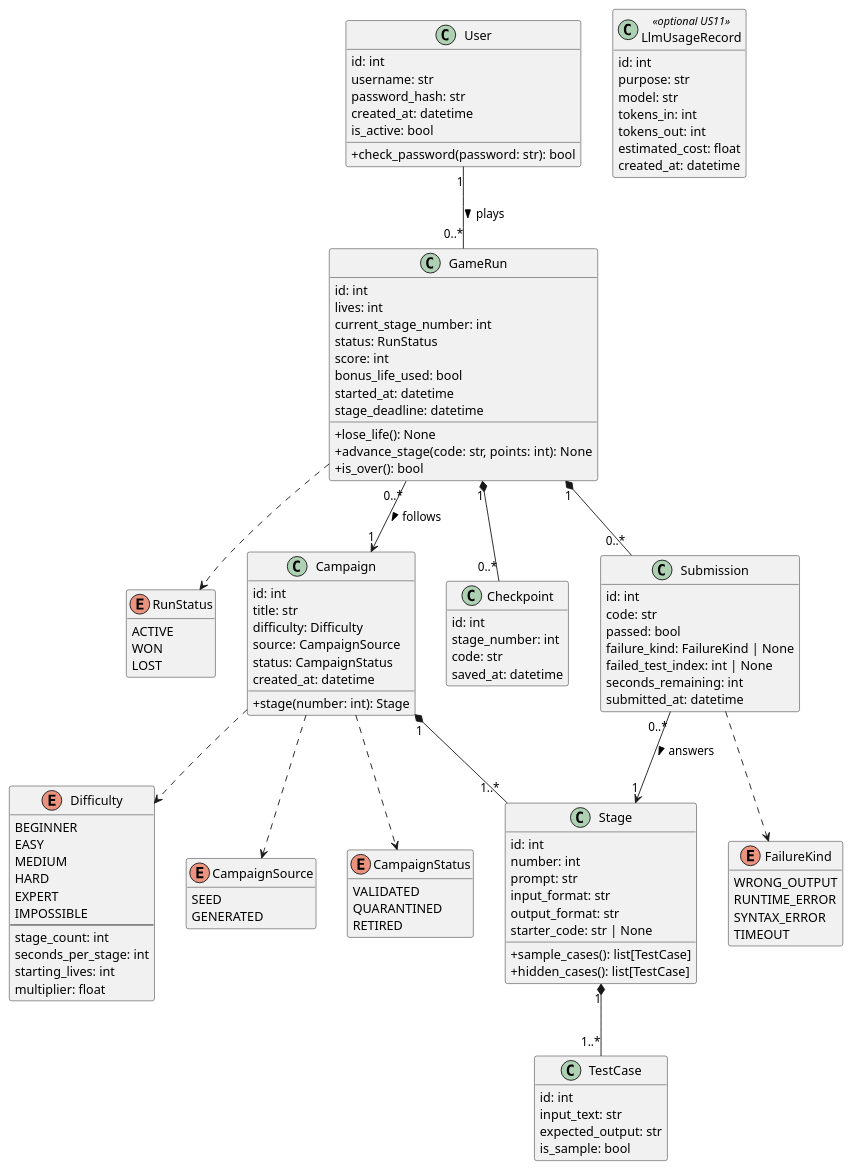
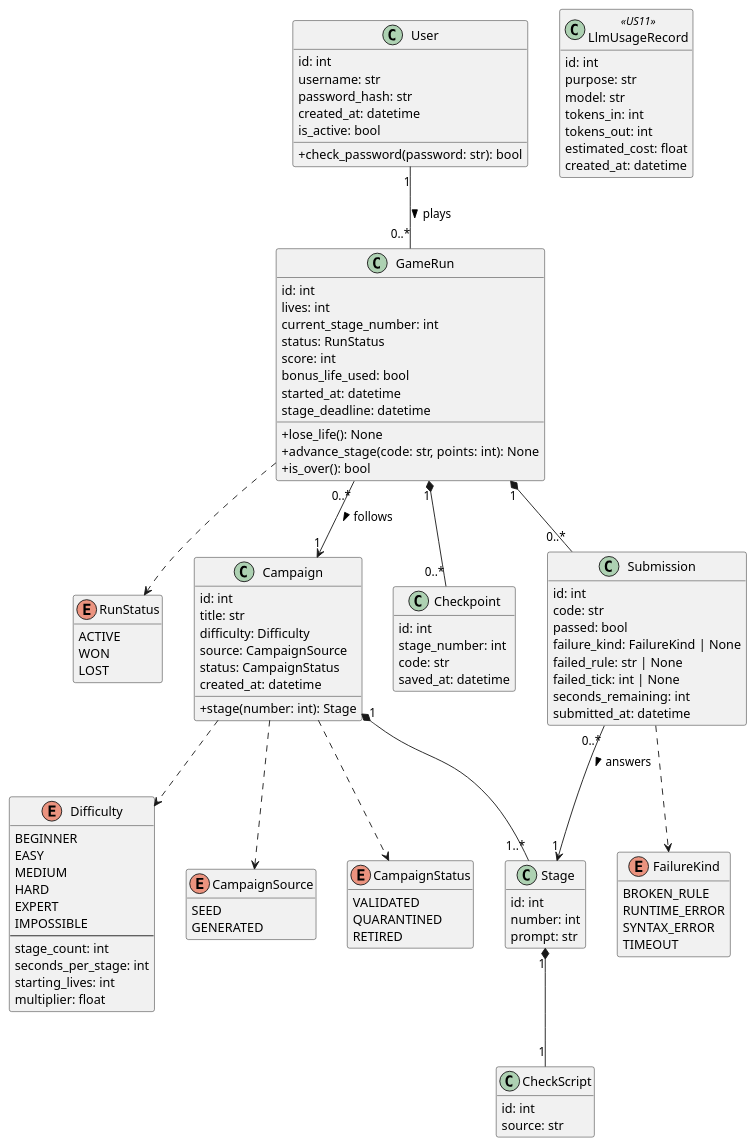
One commit to msu-denver/rokos-tasks changed the diagram in uml/class.wsd. Above: the diagram before and after it, drawn with PlantUML. The commit also changed 14 other files, not shown here.

First line of the commit message:
docs: remove output-comparison grading, optional-LLM text, and board steps (#25)

```diff
--- a/uml/class.wsd
+++ b/uml/class.wsd
@@ -1,140 +1,134 @@
 @startuml class
 ' File: class.wsd
 ' Description: Class diagram of the model (domain) classes for Roko's Tasks.
 '     Routes, services, repositories, and framework classes are excluded.
 ' Author(s): <team member names>
 
 hide empty members
 skinparam classAttributeIconSize 0
 
 enum Difficulty {
     BEGINNER
     EASY
     MEDIUM
     HARD
     EXPERT
     IMPOSSIBLE
     --
     stage_count: int
     seconds_per_stage: int
     starting_lives: int
     multiplier: float
 }
 
 enum CampaignSource {
     SEED
     GENERATED
 }
 
 enum CampaignStatus {
     VALIDATED
     QUARANTINED
     RETIRED
 }
 
 enum RunStatus {
     ACTIVE
     WON
     LOST
 }
 
 enum FailureKind {
-    WRONG_OUTPUT
+    BROKEN_RULE
     RUNTIME_ERROR
     SYNTAX_ERROR
     TIMEOUT
 }
 
 class User {
     id: int
     username: str
     password_hash: str
     created_at: datetime
     is_active: bool
     +check_password(password: str): bool
 }
 
 class Campaign {
     id: int
     title: str
     difficulty: Difficulty
     source: CampaignSource
     status: CampaignStatus
     created_at: datetime
     +stage(number: int): Stage
 }
 
 class Stage {
     id: int
     number: int
     prompt: str
-    input_format: str
-    output_format: str
-    starter_code: str | None
-    +sample_cases(): list[TestCase]
-    +hidden_cases(): list[TestCase]
 }
 
-class TestCase {
+class CheckScript {
     id: int
-    input_text: str
-    expected_output: str
-    is_sample: bool
+    source: str
 }
 
 class GameRun {
     id: int
     lives: int
     current_stage_number: int
     status: RunStatus
     score: int
     bonus_life_used: bool
     started_at: datetime
     stage_deadline: datetime
     +lose_life(): None
     +advance_stage(code: str, points: int): None
     +is_over(): bool
 }
 
 class Checkpoint {
     id: int
     stage_number: int
     code: str
     saved_at: datetime
 }
 
 class Submission {
     id: int
     code: str
     passed: bool
     failure_kind: FailureKind | None
-    failed_test_index: int | None
+    failed_rule: str | None
+    failed_tick: int | None
     seconds_remaining: int
     submitted_at: datetime
 }
 
-class LlmUsageRecord <<optional US11>> {
+class LlmUsageRecord <<US11>> {
     id: int
     purpose: str
     model: str
     tokens_in: int
     tokens_out: int
     estimated_cost: float
     created_at: datetime
 }
 
 User "1" -- "0..*" GameRun : plays >
 GameRun "0..*" --> "1" Campaign : follows >
 Campaign "1" *-- "1..*" Stage
-Stage "1" *-- "1..*" TestCase
+Stage "1" *-- "1" CheckScript
 GameRun "1" *-- "0..*" Checkpoint
 GameRun "1" *-- "0..*" Submission
 Submission "0..*" --> "1" Stage : answers >
 
 Campaign ..> Difficulty
 Campaign ..> CampaignSource
 Campaign ..> CampaignStatus
 GameRun ..> RunStatus
 Submission ..> FailureKind
 
 @enduml
```
